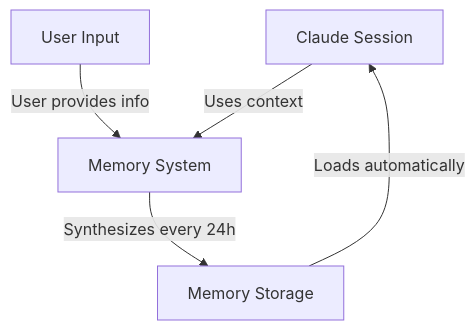
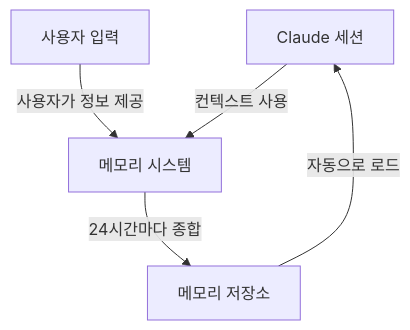
One commit to KIMDONGWHEE99/howkorean changed the eighth of 31 diagrams in claude_concepts_guide.md. Above: the diagram before and after it, drawn with Mermaid. The commit also changed other lines of this file, not shown here.

First line of the commit message:
docs(claude_concepts_guide): 한국어로 번역

````diff
--- a/claude_concepts_guide.md
+++ b/claude_concepts_guide.md
@@ -243,12 +243,12 @@
 ```mermaid
 graph TB
-    A["Claude Session"]
-    B["User Input"]
-    C["Memory System"]
-    D["Memory Storage"]
+    A["Claude 세션"]
+    B["사용자 입력"]
+    C["메모리 시스템"]
+    D["메모리 저장소"]
 
-    B -->|User provides info| C
-    C -->|Synthesizes every 24h| D
-    D -->|Loads automatically| A
-    A -->|Uses context| C
+    B -->|사용자가 정보 제공| C
+    C -->|24시간마다 종합| D
+    D -->|자동으로 로드| A
+    A -->|컨텍스트 사용| C
 ```
````
